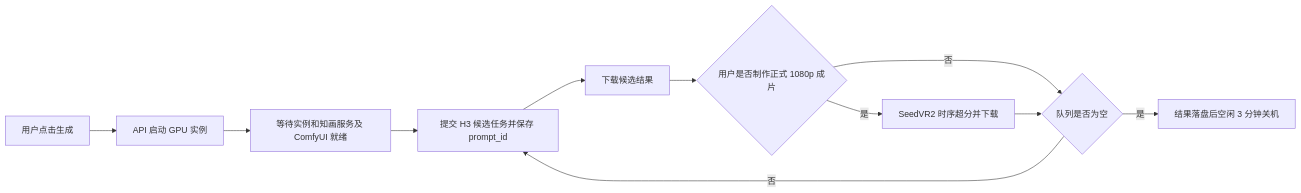
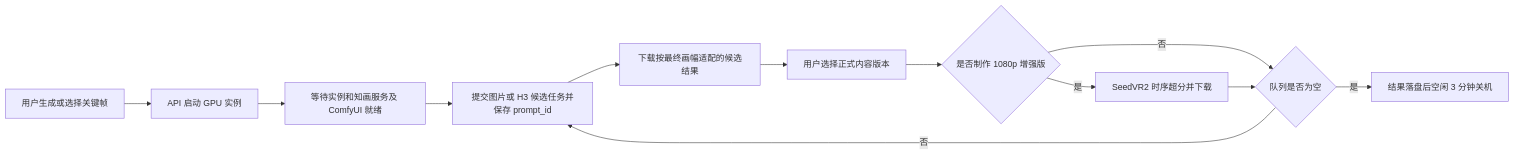
Before and after one commit to woniu101/zhihua: the third of 5 diagrams in MVP.md, drawn with Mermaid. The commit also changed other lines of this file, not shown here.

````diff
--- a/MVP.md
+++ b/MVP.md
@@ -232,13 +238,14 @@
 ```mermaid
 flowchart LR
-    A[用户点击生成] --> B[API 启动 GPU 实例]
+    A[用户生成或选择关键帧] --> B[API 启动 GPU 实例]
     B --> C[等待实例和知画服务及 ComfyUI 就绪]
-    C --> D[提交 H3 候选任务并保存 prompt_id]
-    D --> E[下载候选结果]
-    E --> F{用户是否制作正式 1080p 成片}
-    F -- 是 --> G[SeedVR2 时序超分并下载]
-    F -- 否 --> H{队列是否为空}
-    G --> H
-    H -- 否 --> D
-    H -- 是 --> I[结果落盘后空闲 3 分钟关机]
+    C --> D[提交图片或 H3 候选任务并保存 prompt_id]
+    D --> E[下载按最终画幅适配的候选结果]
+    E --> F[用户选择正式内容版本]
+    F --> G{是否制作 1080p 增强版}
+    G -- 是 --> H[SeedVR2 时序超分并下载]
+    G -- 否 --> I{队列是否为空}
+    H --> I
+    I -- 否 --> D
+    I -- 是 --> J[结果落盘后空闲 3 分钟关机]
 ```
````
